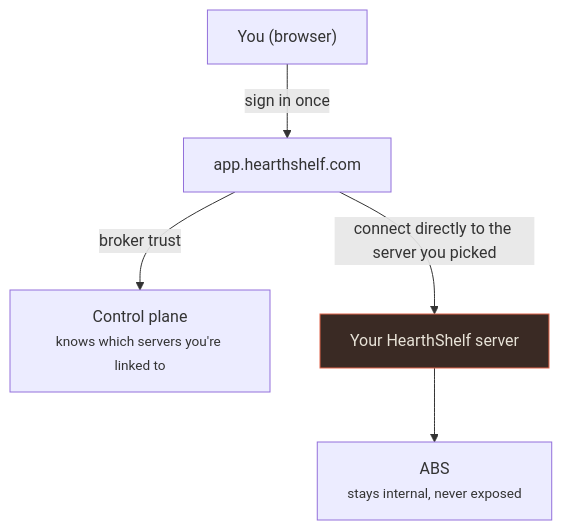
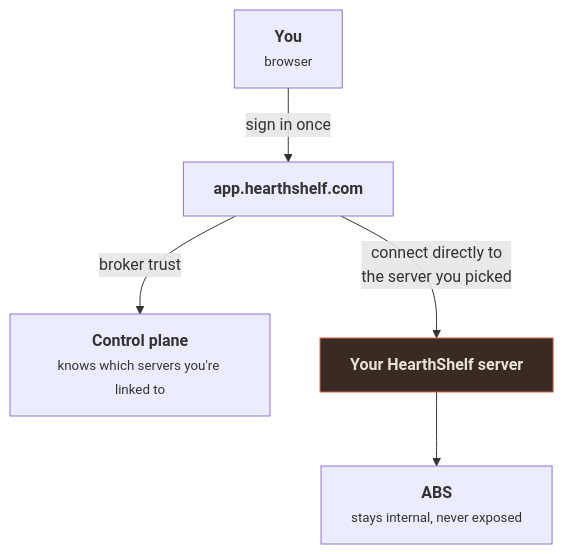
Before and after one commit to HearthShelf/HearthShelf-Docs: the diagram in docs/webapp/overview.md, drawn with Mermaid. The commit also changed 6 other files, not shown here.

First line of the commit message:
fixes: Diagram text no longer gets cut off inside boxes

````diff
--- a/docs/webapp/overview.md
+++ b/docs/webapp/overview.md
@@ -19,16 +19,16 @@
 ```mermaid
 flowchart TD
-    browser["You (browser)"]
-    webapp["app.hearthshelf.com"]
-    cp["Control plane<br/><span style='font-size:0.85em'>knows which servers you're linked to</span>"]
-    hs["Your HearthShelf server"]
-    abs["ABS<br/><span style='font-size:0.85em'>stays internal, never exposed</span>"]
+    browser["<b>You</b><br/><small>browser</small>"]
+    webapp["<b>app.hearthshelf.com</b>"]
+    cp["<b>Control plane</b><br/><small>knows which servers you're linked to</small>"]
+    hs["<b>Your HearthShelf server</b>"]
+    abs["<b>ABS</b><br/><small>stays internal, never exposed</small>"]
 
     browser -->|"sign in once"| webapp
     webapp -->|"broker trust"| cp
-    webapp -->|"connect directly to the server you picked"| hs
+    webapp -->|"connect directly to<br/>the server you picked"| hs
     hs --> abs
 
     class hs accent
     classDef accent fill:#3a2a24,stroke:#e0654a,color:#e8e3d8;
 ```
````
